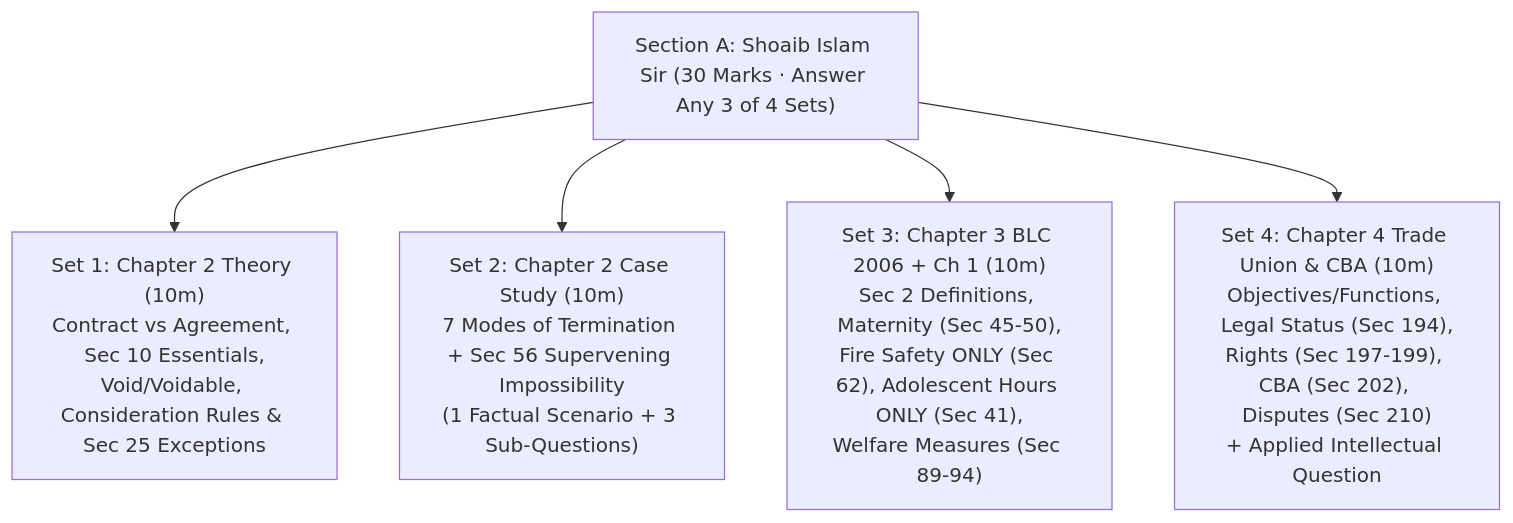
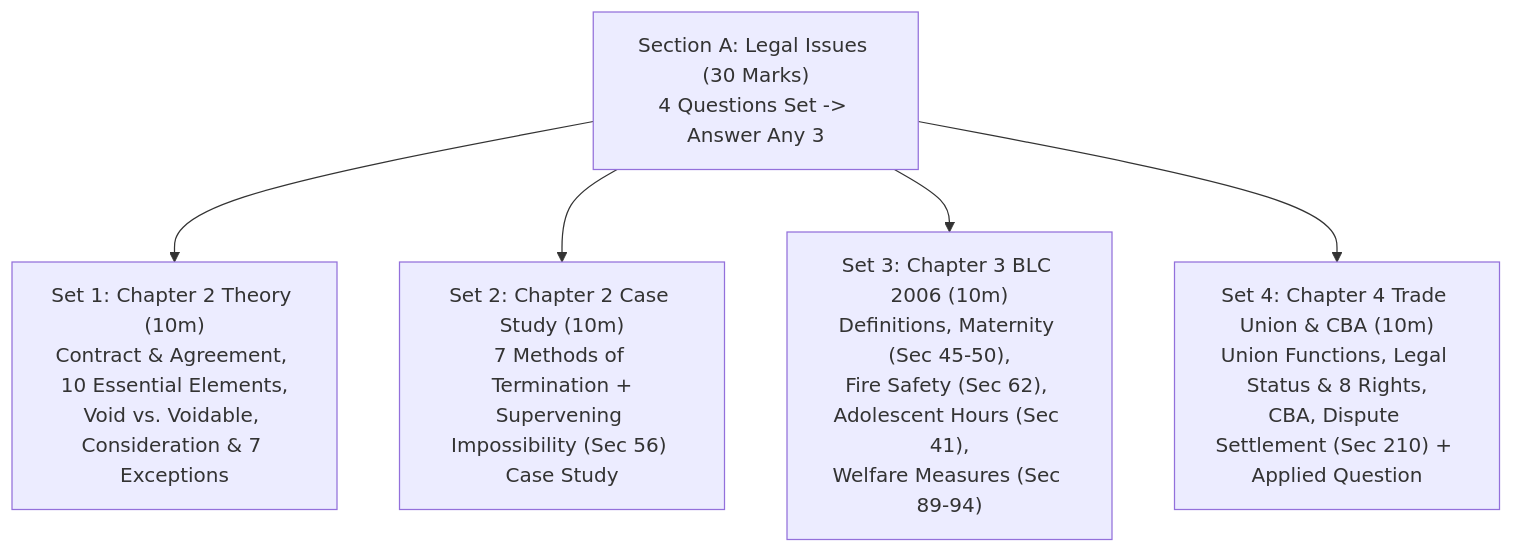
Before and after one commit to azazarfin60/Hum_2217_Semester_Final: the diagram in SI_Sir_Exclusive/00_Last_Night_Master_Plan_and_Index.md, drawn with Mermaid. The commit also changed other lines of this file and 25 other files, not shown here.

````diff
--- a/SI_Sir_Exclusive/00_Last_Night_Master_Plan_and_Index.md
+++ b/SI_Sir_Exclusive/00_Last_Night_Master_Plan_and_Index.md
@@ -30,7 +21,7 @@
 ```mermaid
 flowchart TD
-    SECA["Section A: Shoaib Islam Sir (30 Marks · Answer Any 3 of 4 Sets)"] --> SET1["Set 1: Chapter 2 Theory (10m)<br/>Contract vs Agreement, Sec 10 Essentials,<br/>Void/Voidable, Consideration Rules & Sec 25 Exceptions"]
-    SECA --> SET2["Set 2: Chapter 2 Case Study (10m)<br/>7 Modes of Termination + Sec 56 Supervening Impossibility<br/>(1 Factual Scenario + 3 Sub-Questions)"]
-    SECA --> SET3["Set 3: Chapter 3 BLC 2006 + Ch 1 (10m)<br/>Sec 2 Definitions, Maternity (Sec 45-50),<br/>Fire Safety ONLY (Sec 62), Adolescent Hours ONLY (Sec 41),<br/>Welfare Measures (Sec 89-94)"]
-    SECA --> SET4["Set 4: Chapter 4 Trade Union & CBA (10m)<br/>Objectives/Functions, Legal Status (Sec 194),<br/>Rights (Sec 197-199), CBA (Sec 202), Disputes (Sec 210)<br/>+ Applied Intellectual Question"]
+    SECA["Section A: Legal Issues (30 Marks)<br/>4 Questions Set -> Answer Any 3"] --> SET1["Set 1: Chapter 2 Theory (10m)<br/>Contract & Agreement, 10 Essential Elements,<br/>Void vs. Voidable, Consideration & 7 Exceptions"]
+    SECA --> SET2["Set 2: Chapter 2 Case Study (10m)<br/>7 Methods of Termination +<br/>Supervening Impossibility (Sec 56) Case Study"]
+    SECA --> SET3["Set 3: Chapter 3 BLC 2006 (10m)<br/>Definitions, Maternity (Sec 45-50),<br/>Fire Safety (Sec 62), Adolescent Hours (Sec 41),<br/>Welfare Measures (Sec 89-94)"]
+    SECA --> SET4["Set 4: Chapter 4 Trade Union & CBA (10m)<br/>Union Functions, Legal Status & 8 Rights,<br/>CBA, Dispute Settlement (Sec 210) + Applied Question"]
 ```
````
